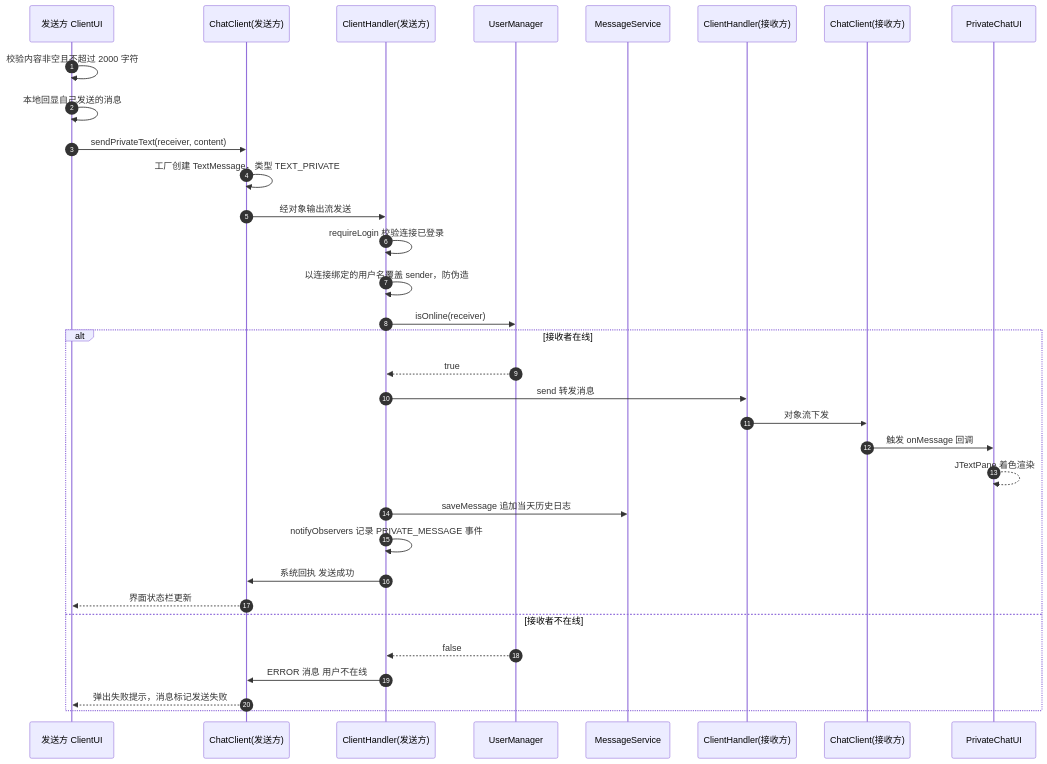
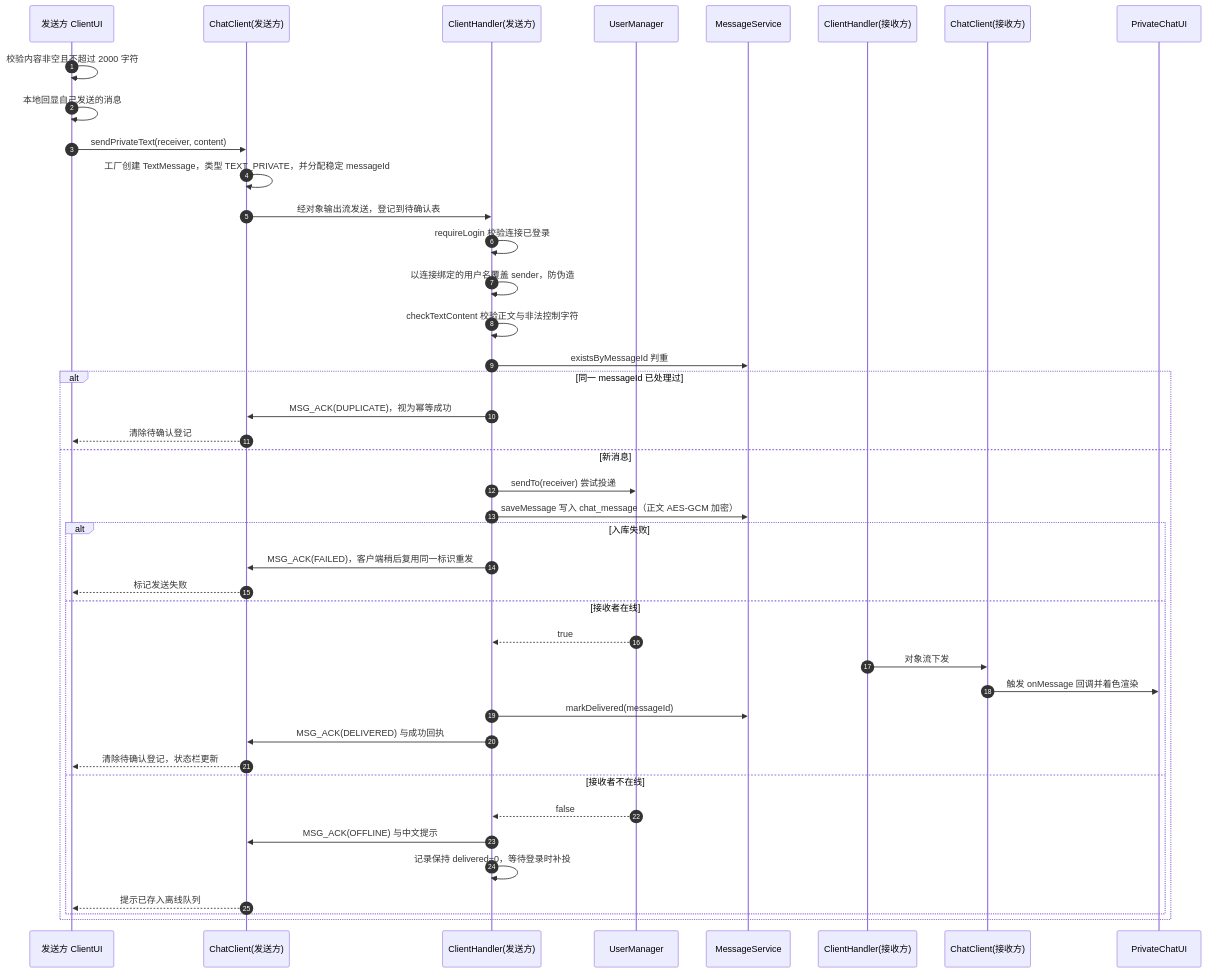
Before and after one commit to FeiTwnd/lanchat: the fourth of 9 diagrams in docs/design/02-系统设计.md, drawn with Mermaid. The commit also changed other lines of this file and 9 other files, not shown here.

````diff
--- a/docs/design/02-系统设计.md
+++ b/docs/design/02-系统设计.md
@@ -625,36 +664,45 @@
 ```mermaid
 sequenceDiagram
     autonumber
     participant A as 发送方 ClientUI
     participant CA as ChatClient(发送方)
     participant HA as ClientHandler(发送方)
     participant UM as UserManager
     participant MS as MessageService
     participant HB as ClientHandler(接收方)
     participant CB as ChatClient(接收方)
     participant PB as PrivateChatUI
 
     A->>A: 校验内容非空且不超过 2000 字符
     A->>A: 本地回显自己发送的消息
     A->>CA: sendPrivateText(receiver, content)
-    CA->>CA: 工厂创建 TextMessage，类型 TEXT_PRIVATE
-    CA->>HA: 经对象输出流发送
+    CA->>CA: 工厂创建 TextMessage，类型 TEXT_PRIVATE，并分配稳定 messageId
+    CA->>HA: 经对象输出流发送，登记到待确认表
     HA->>HA: requireLogin 校验连接已登录
     HA->>HA: 以连接绑定的用户名覆盖 sender，防伪造
-    HA->>UM: isOnline(receiver)
-    alt 接收者在线
-        UM-->>HA: true
-        HA->>HB: send 转发消息
-        HB->>CB: 对象流下发
-        CB->>PB: 触发 onMessage 回调
-        PB-->>PB: JTextPane 着色渲染
-        HA->>MS: saveMessage 追加当天历史日志
-        HA->>HA: notifyObservers 记录 PRIVATE_MESSAGE 事件
-        HA->>CA: 系统回执 发送成功
-        CA-->>A: 界面状态栏更新
-    else 接收者不在线
-        UM-->>HA: false
-        HA->>CA: ERROR 消息 用户不在线
-        CA-->>A: 弹出失败提示，消息标记发送失败
+    HA->>HA: checkTextContent 校验正文与非法控制字符
+    HA->>MS: existsByMessageId 判重
+    alt 同一 messageId 已处理过
+        HA->>CA: MSG_ACK(DUPLICATE)，视为幂等成功
+        CA-->>A: 清除待确认登记
+    else 新消息
+        HA->>UM: sendTo(receiver) 尝试投递
+        HA->>MS: saveMessage 写入 chat_message（正文 AES-GCM 加密）
+        alt 入库失败
+            HA->>CA: MSG_ACK(FAILED)，客户端稍后复用同一标识重发
+            CA-->>A: 标记发送失败
+        else 接收者在线
+            UM-->>HA: true
+            HB->>CB: 对象流下发
+            CB->>PB: 触发 onMessage 回调并着色渲染
+            HA->>MS: markDelivered(messageId)
+            HA->>CA: MSG_ACK(DELIVERED) 与成功回执
+            CA-->>A: 清除待确认登记，状态栏更新
+        else 接收者不在线
+            UM-->>HA: false
+            HA->>CA: MSG_ACK(OFFLINE) 与中文提示
+            HA->>HA: 记录保持 delivered=0，等待登录时补投
+            CA-->>A: 提示已存入离线队列
+        end
     end
 ```
````
